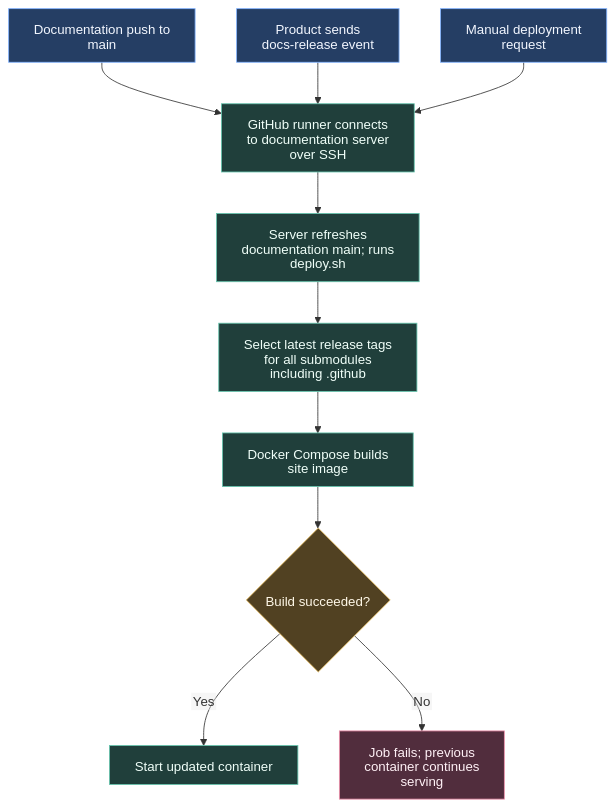
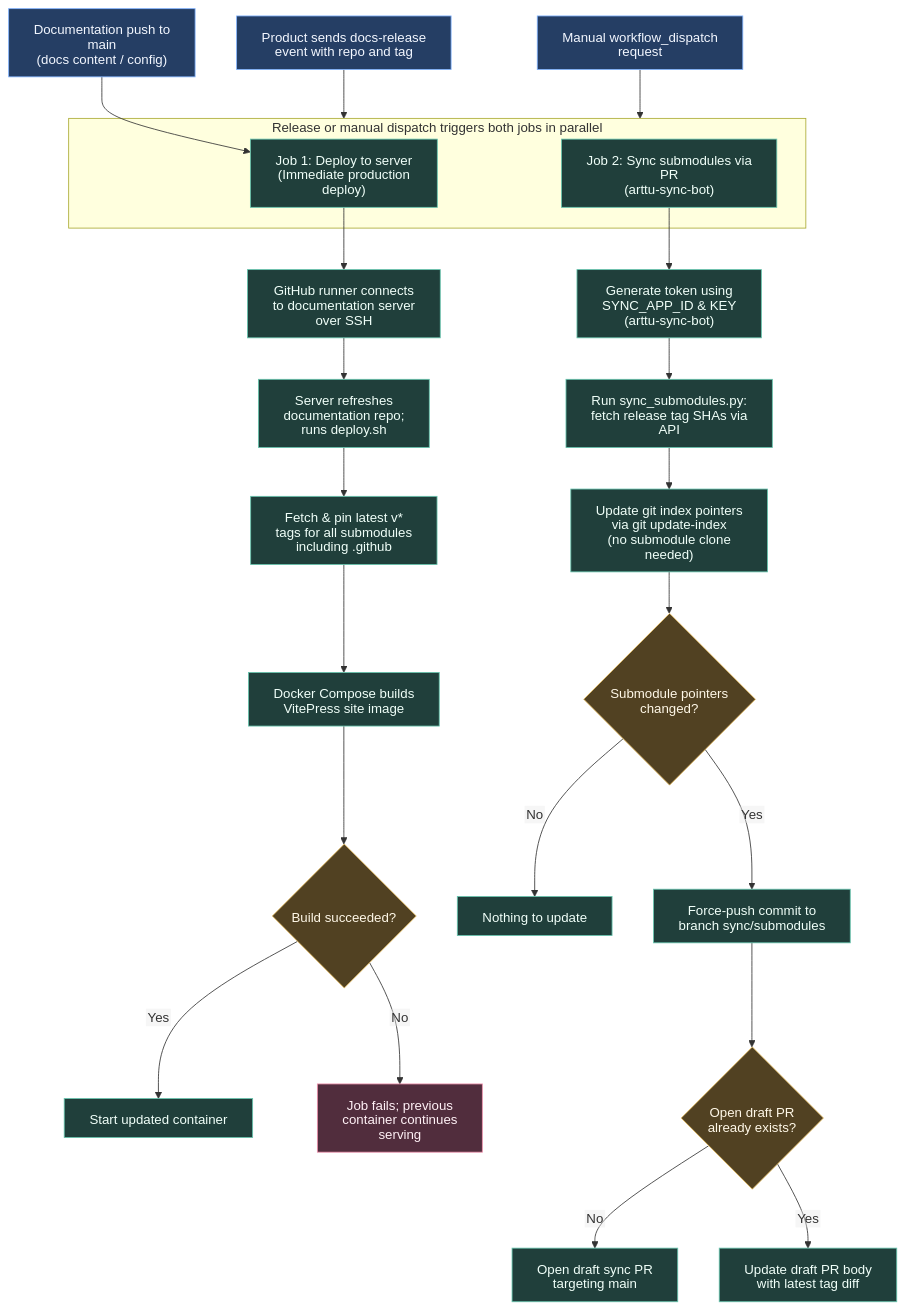
One commit to ARTTU-Software/.github changed the diagram in docs/ci/documentation-deployment.md. Above: the diagram before and after it, drawn with Mermaid. The commit also changed other lines of this file and 2 other files, not shown here.

Commit message:
docs(ci): document dual-path documentation deployment and submodule sync PR pipeline

````diff
--- a/docs/ci/documentation-deployment.md
+++ b/docs/ci/documentation-deployment.md
@@ -10,21 +14,39 @@
 ```mermaid
 %%{init: {"htmlLabels": false}}%%
 flowchart TB
-    PUSH["Documentation push to<br/>main"] --> SSH["GitHub runner connects<br/>to documentation server<br/>over SSH"]
-    RELEASE["Product sends<br/>docs-release event"] --> SSH
-    MANUAL["Manual deployment<br/>request"] --> SSH
-    SSH --> REFRESH["Server refreshes<br/>documentation main; runs<br/>deploy.sh"]
-    REFRESH --> REVISIONS["Select latest release tags<br/>for all submodules<br/>including .github"]
-    REVISIONS --> BUILD["Docker Compose builds<br/>site image"]
+    PUSH["Documentation push to main<br/>(docs content / config)"] --> DEPLOY_JOB
+    RELEASE["Product sends docs-release<br/>event with repo and tag"] --> BOTH
+    MANUAL["Manual workflow_dispatch<br/>request"] --> BOTH
+
+    subgraph BOTH["Release or manual dispatch triggers both jobs in parallel"]
+      DEPLOY_JOB["Job 1: Deploy to server<br/>(Immediate production deploy)"]
+      SYNC_JOB["Job 2: Sync submodules via PR<br/>(arttu-sync-bot)"]
+    end
+
+    DEPLOY_JOB --> SSH["GitHub runner connects<br/>to documentation server<br/>over SSH"]
+    SSH --> REFRESH["Server refreshes<br/>documentation repo;<br/>runs deploy.sh"]
+    REFRESH --> REVISIONS["Fetch & pin latest v*<br/>tags for all submodules<br/>including .github"]
+    REVISIONS --> BUILD["Docker Compose builds<br/>VitePress site image"]
     BUILD --> OK{"Build succeeded?"}
     OK -->|Yes| SERVE["Start updated container"]
     OK -->|No| FAIL["Job fails; previous<br/>container continues<br/>serving"]
+
+    SYNC_JOB --> BOT_AUTH["Generate token using<br/>SYNC_APP_ID & KEY<br/>(arttu-sync-bot)"]
+    BOT_AUTH --> RESOLVE["Run sync_submodules.py:<br/>fetch release tag SHAs via API"]
+    RESOLVE --> CACHEINFO["Update git index pointers<br/>via git update-index<br/>(no submodule clone needed)"]
+    CACHEINFO --> PR_CHECK{"Submodule pointers<br/>changed?"}
+    PR_CHECK -->|No| PR_DONE["Nothing to update"]
+    PR_CHECK -->|Yes| PUSH_BRANCH["Force-push commit to<br/>branch sync/submodules"]
+    PUSH_BRANCH --> PR_EXISTS{"Open draft PR<br/>already exists?"}
+    PR_EXISTS -->|No| OPEN_PR["Open draft sync PR<br/>targeting main"]
+    PR_EXISTS -->|Yes| UPDATE_PR["Update draft PR body<br/>with latest tag diff"]
+
     classDef event fill:#253e64,stroke:#82b4ff,color:#f3f7ff
     classDef work fill:#203f3b,stroke:#66c5ae,color:#f0fff9
     classDef check fill:#514122,stroke:#e8bf63,color:#fff8e8
     classDef failure fill:#512d3d,stroke:#ef91ac,color:#fff1f6
     class PUSH,RELEASE,MANUAL event
-    class SSH,REFRESH,REVISIONS,BUILD,SERVE work
-    class OK check
+    class DEPLOY_JOB,SYNC_JOB,SSH,REFRESH,REVISIONS,BUILD,SERVE,BOT_AUTH,RESOLVE,CACHEINFO,PUSH_BRANCH,OPEN_PR,UPDATE_PR,PR_DONE work
+    class OK,PR_CHECK,PR_EXISTS check
     class FAIL failure
 ```
````
